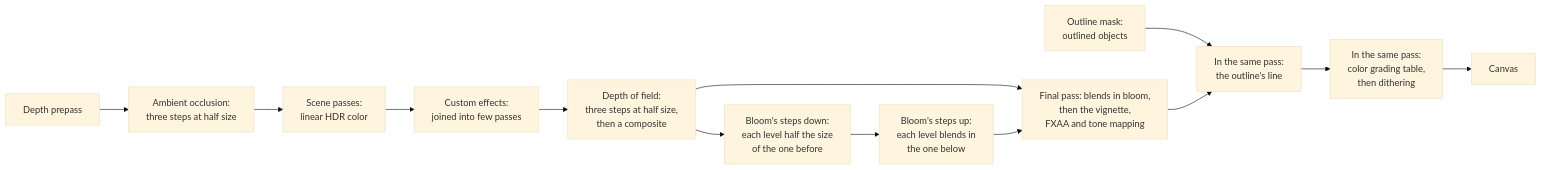
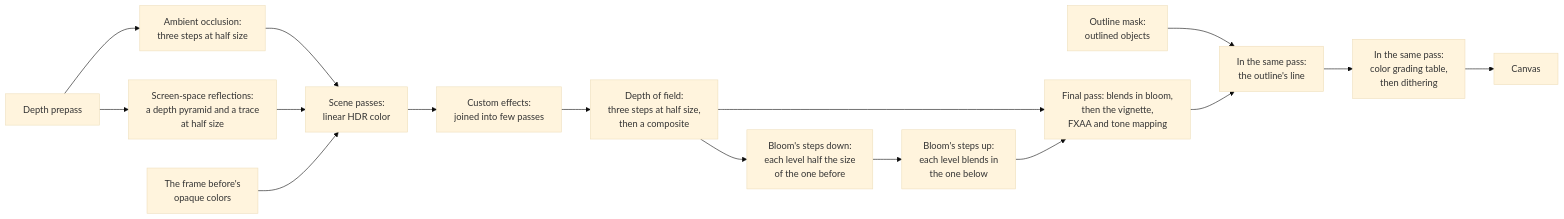
One commit to null3d-engine/null3d changed the diagram in docs/concepts/post-processing.md. Above: the diagram before and after it, drawn with Mermaid (base theme). The commit also changed other lines of this file and 51 other files, not shown here.

First line of the commit message:
feat(engine): add screen-space reflections with post.set({ ssr })

````diff
--- a/docs/concepts/post-processing.md
+++ b/docs/concepts/post-processing.md
@@ -13,15 +13,18 @@
 ```mermaid
 flowchart LR
     prepass["Depth prepass"] --> ao["Ambient occlusion:<br/>three steps at half size"]
+    prepass --> ssr["Screen-space reflections:<br/>a depth pyramid and a trace<br/>at half size"]
     ao --> scene
+    ssr --> scene
+    copy["The frame before's<br/>opaque colors"] --> scene
     scene["Scene passes:<br/>linear HDR color"] --> custom["Custom effects:<br/>joined into few passes"]
     custom --> dof["Depth of field:<br/>three steps at half size,<br/>then a composite"]
     dof --> down["Bloom's steps down:<br/>each level half the size<br/>of the one before"]
     down --> up["Bloom's steps up:<br/>each level blends in<br/>the one below"]
     dof --> final["Final pass: blends in bloom,<br/>then the vignette,<br/>FXAA and tone mapping"]
     up --> final
     mask["Outline mask:<br/>outlined objects"] --> line
     final --> line["In the same pass:<br/>the outline's line"]
     line --> grade["In the same pass:<br/>color grading table,<br/>then dithering"]
     grade --> canvas["Canvas"]
 ```
````
